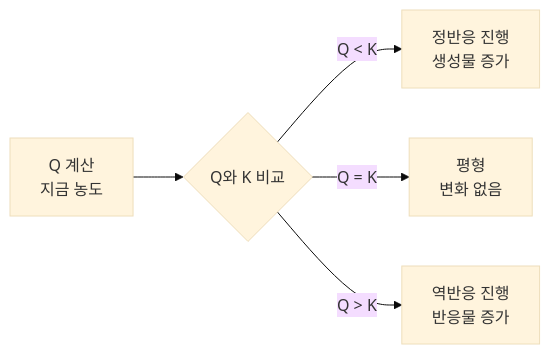
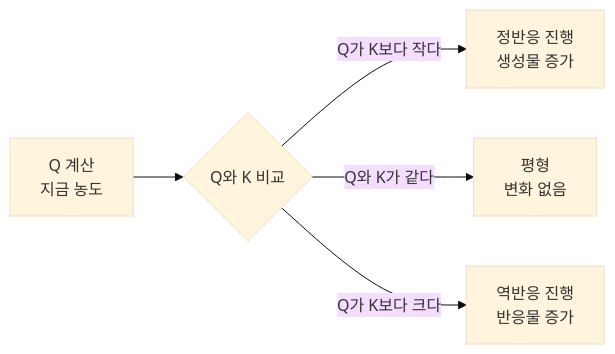
One commit to EricKOR1/sciencebook changed the second of 2 diagrams in 고등학교_일반선택/화학/chem-3_화학_평형.md. Above: the diagram before and after it, drawn with Mermaid (base theme). The commit also changed 4 other files, not shown here.

````diff
--- a/고등학교_일반선택/화학/chem-3_화학_평형.md
+++ b/고등학교_일반선택/화학/chem-3_화학_평형.md
@@ -276,7 +276,7 @@
 ```mermaid
 flowchart LR
     A["Q 계산<br/>지금 농도"] --> B{"Q와 K 비교"}
-    B -->|"Q < K"| C["정반응 진행<br/>생성물 증가"]
-    B -->|"Q = K"| D["평형<br/>변화 없음"]
-    B -->|"Q > K"| E["역반응 진행<br/>반응물 증가"]
+    B -->|"Q가 K보다 작다"| C["정반응 진행<br/>생성물 증가"]
+    B -->|"Q와 K가 같다"| D["평형<br/>변화 없음"]
+    B -->|"Q가 K보다 크다"| E["역반응 진행<br/>반응물 증가"]
 ```
````
